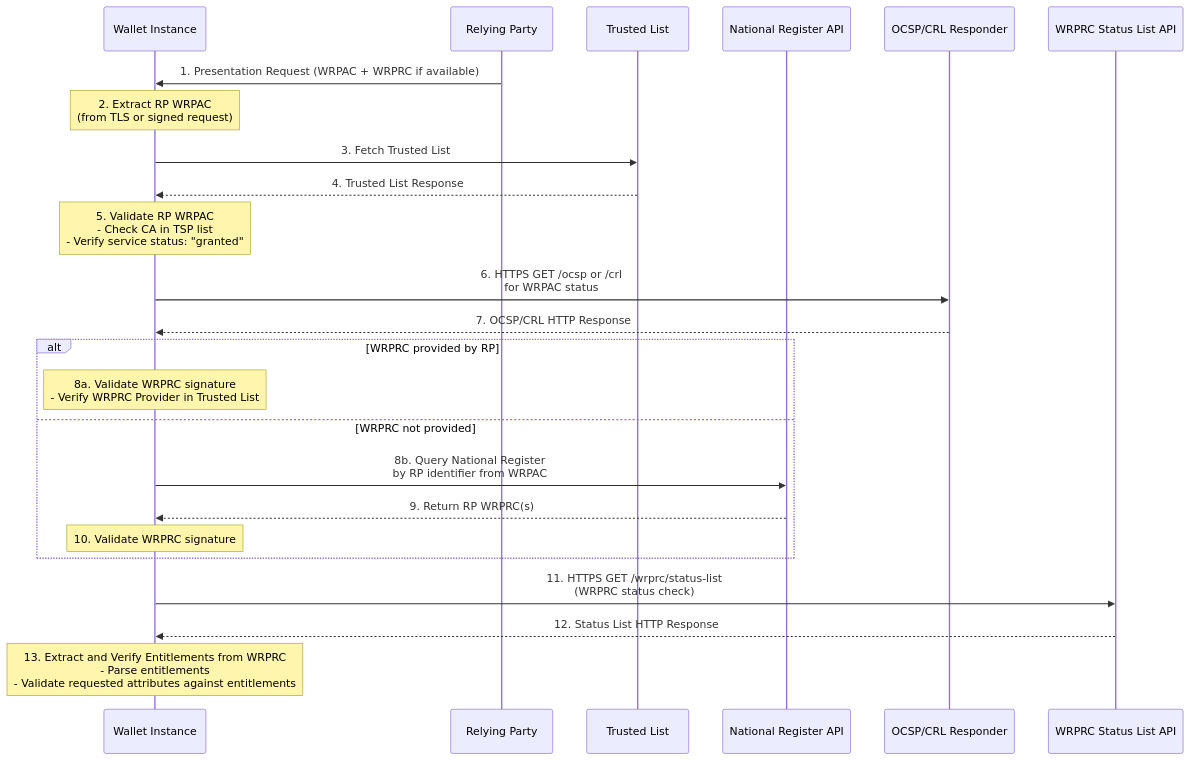
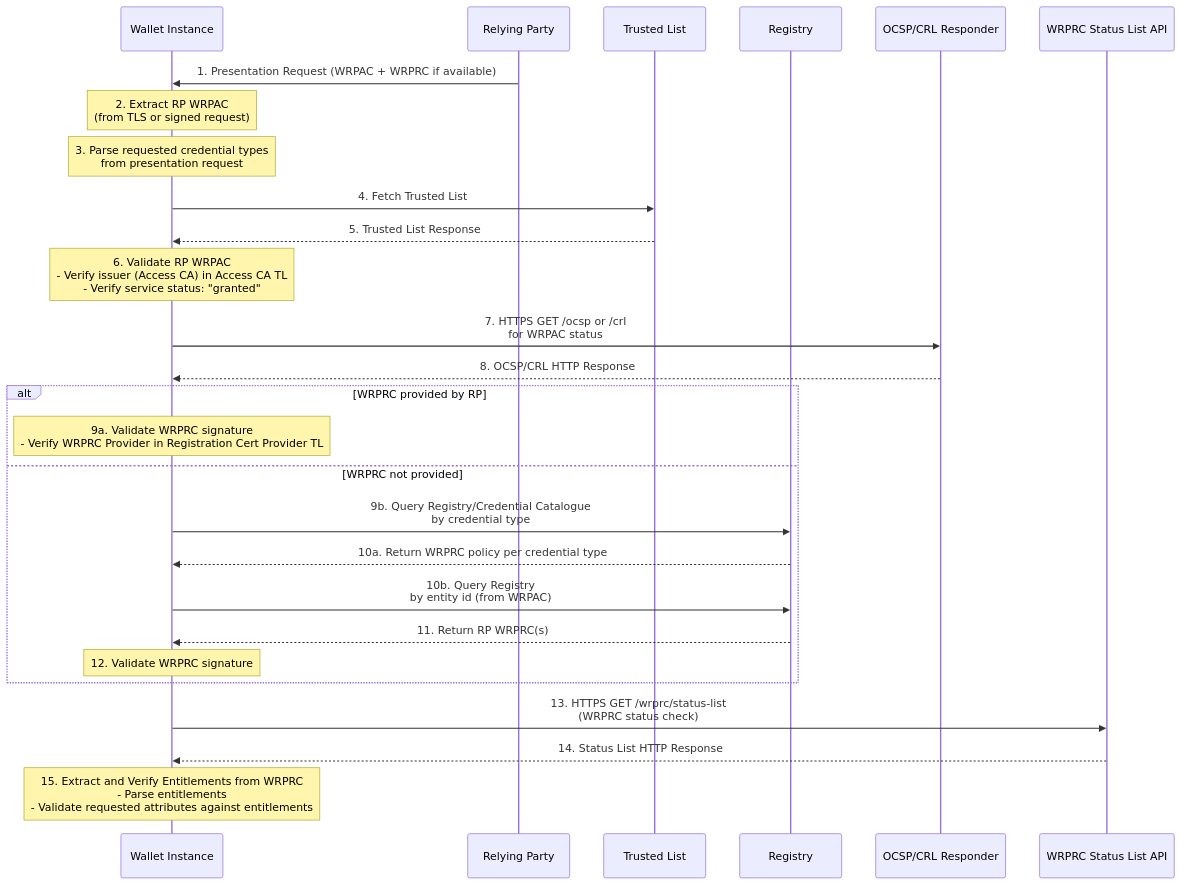
The second of 11 diagrams in task2-trust-framework/wallet-policy-discovery.md (webuild-consortium/wp4-trust-group), drawn with Mermaid before and after one commit. The commit also changed other lines of this file, not shown here.

Commit message:
[task2] policy discovery long and intensive WG review

````diff
--- a/task2-trust-framework/wallet-policy-discovery.md
+++ b/task2-trust-framework/wallet-policy-discovery.md
@@ -95,30 +93,33 @@
 ```mermaid
 sequenceDiagram
     participant W as Wallet Instance
     participant RP as Relying Party
     participant TL as Trusted List
-    participant NR as National Register API
+    participant NR as Registry
     participant OCSP as OCSP/CRL Responder
     participant RCStatus as WRPRC Status List API
 
     RP->>W: 1. Presentation Request (WRPAC + WRPRC if available)
     Note over W: 2. Extract RP WRPAC<br/>(from TLS or signed request)
-    W->>TL: 3. Fetch Trusted List
-    TL-->>W: 4. Trusted List Response
-    Note over W: 5. Validate RP WRPAC<br/>- Check CA in TSP list<br/>- Verify service status: "granted"
-    W->>OCSP: 6. HTTPS GET /ocsp or /crl<br/>for WRPAC status
-    OCSP-->>W: 7. OCSP/CRL HTTP Response
+    Note over W: 3. Parse requested credential types<br/>from presentation request
+    W->>TL: 4. Fetch Trusted List
+    TL-->>W: 5. Trusted List Response
+    Note over W: 6. Validate RP WRPAC<br/>- Verify issuer (Access CA) in Access CA TL<br/>- Verify service status: "granted"
+    W->>OCSP: 7. HTTPS GET /ocsp or /crl<br/>for WRPAC status
+    OCSP-->>W: 8. OCSP/CRL HTTP Response
     
     alt WRPRC provided by RP
-        Note over W: 8a. Validate WRPRC signature<br/>- Verify WRPRC Provider in Trusted List
+        Note over W: 9a. Validate WRPRC signature<br/>- Verify WRPRC Provider in Registration Cert Provider TL
     else WRPRC not provided
-        W->>NR: 8b. Query National Register<br/>by RP identifier from WRPAC
-        NR-->>W: 9. Return RP WRPRC(s)
-        Note over W: 10. Validate WRPRC signature
+        W->>NR: 9b. Query Registry/Credential Catalogue<br/>by credential type
+        NR-->>W: 10a. Return WRPRC policy per credential type
+        W->>NR: 10b. Query Registry<br/>by entity id (from WRPAC)
+        NR-->>W: 11. Return RP WRPRC(s)
+        Note over W: 12. Validate WRPRC signature
     end
     
-    W->>RCStatus: 11. HTTPS GET /wrprc/status-list<br/>(WRPRC status check)
-    RCStatus-->>W: 12. Status List HTTP Response
+    W->>RCStatus: 13. HTTPS GET /wrprc/status-list<br/>(WRPRC status check)
+    RCStatus-->>W: 14. Status List HTTP Response
     
-    Note over W: 13. Extract and Verify Entitlements from WRPRC<br/>- Parse entitlements<br/>- Validate requested attributes against entitlements
+    Note over W: 15. Extract and Verify Entitlements from WRPRC<br/>- Parse entitlements<br/>- Validate requested attributes against entitlements
 ```
````
